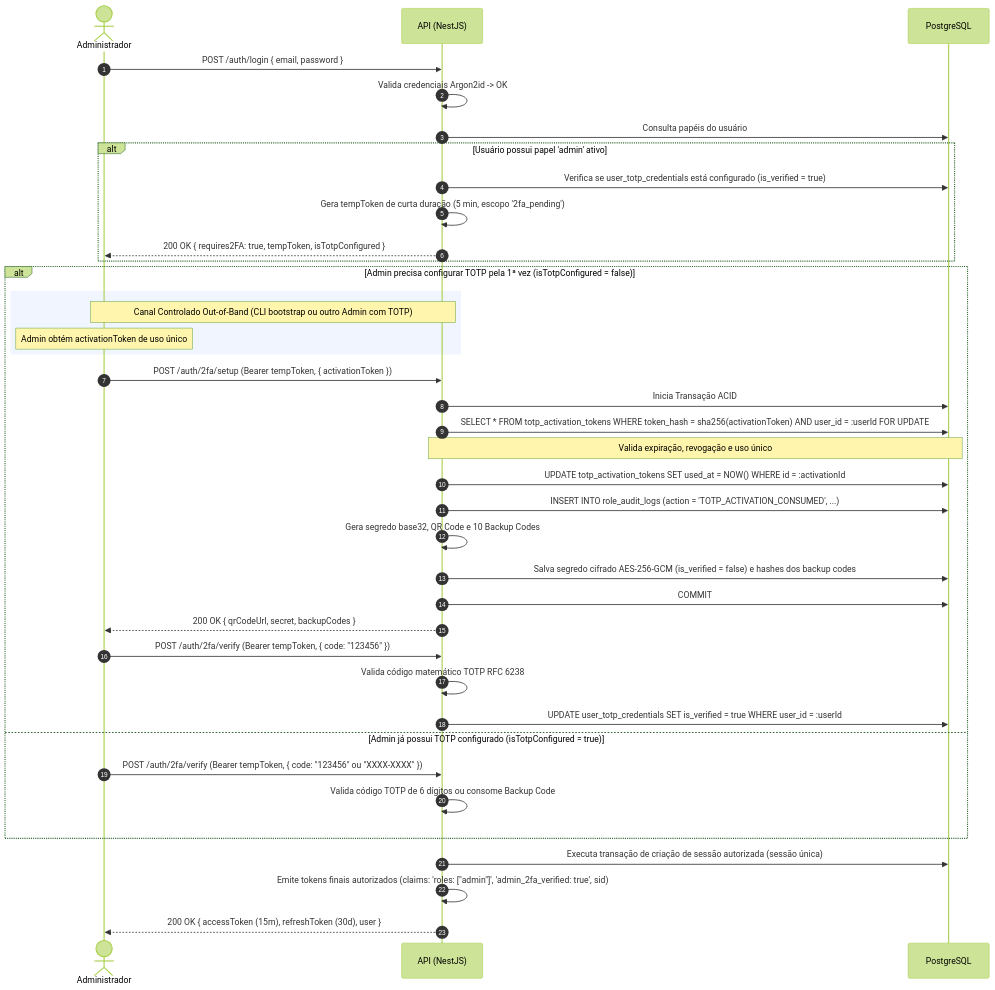
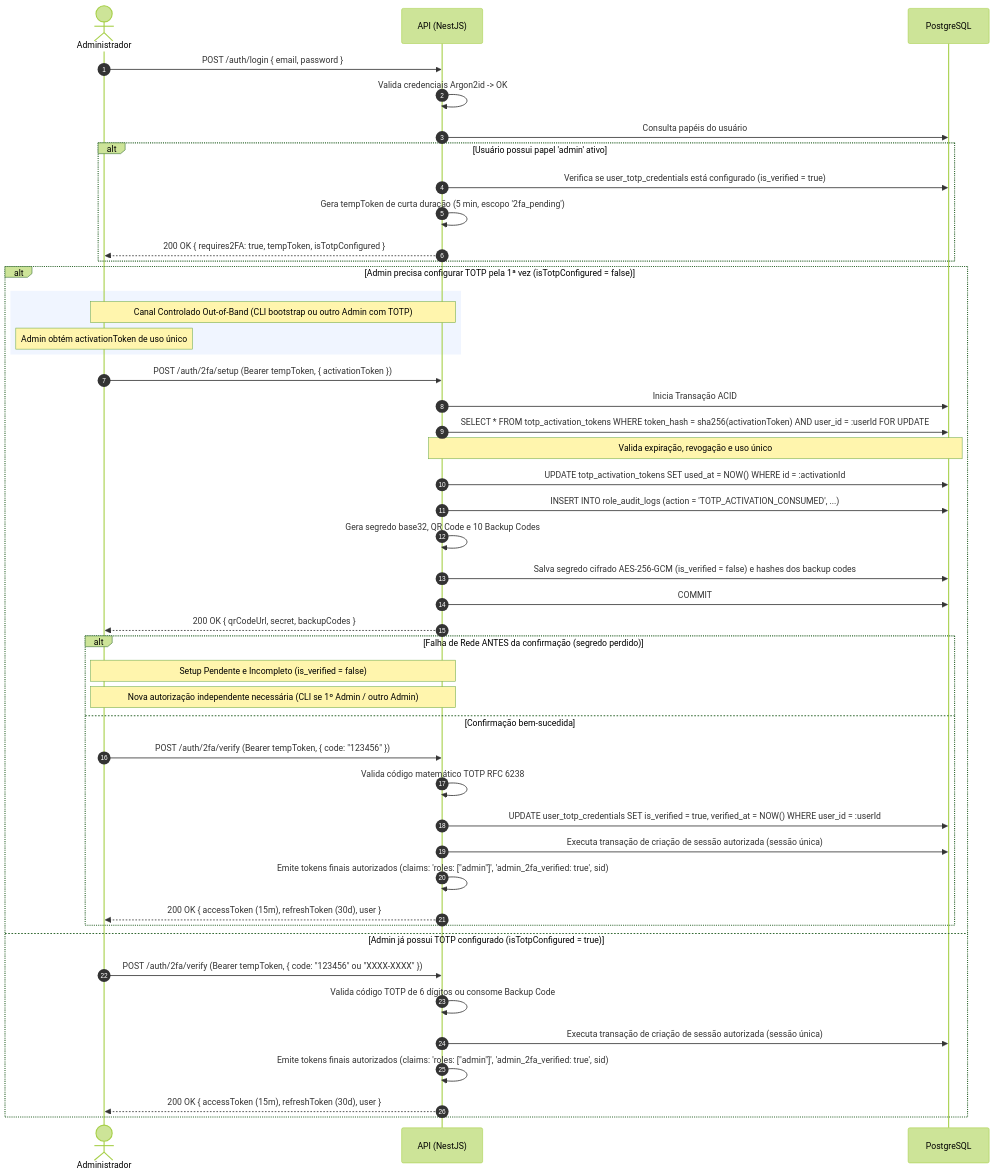
Before and after one commit to JaviDansen/ArenaGo: the fifth of 6 diagrams in docs/task-6.1-arquitetura-backend.md, drawn with Mermaid (forest theme). The commit also changed other lines of this file, not shown here.

Commit message:
docs: detalha procedimento seguro de recuperacao de setup incompleto de TOTP

````diff
--- a/docs/task-6.1-arquitetura-backend.md
+++ b/docs/task-6.1-arquitetura-backend.md
@@ -1016,43 +1040,51 @@
 ```mermaid
 sequenceDiagram
     autonumber
     actor Admin as Administrador
     participant API as API (NestJS)
     participant DB as PostgreSQL
 
     Admin->>API: POST /auth/login { email, password }
     API->>API: Valida credenciais Argon2id -> OK
     API->>DB: Consulta papéis do usuário
     alt Usuário possui papel 'admin' ativo
         API->>DB: Verifica se user_totp_credentials está configurado (is_verified = true)
         API->>API: Gera tempToken de curta duração (5 min, escopo '2fa_pending')
         API-->>Admin: 200 OK { requires2FA: true, tempToken, isTotpConfigured }
     end
 
     alt Admin precisa configurar TOTP pela 1ª vez (isTotpConfigured = false)
         rect rgb(240, 245, 255)
         Note over Admin,API: Canal Controlado Out-of-Band (CLI bootstrap ou outro Admin com TOTP)
         Note over Admin: Admin obtém activationToken de uso único
         end
         Admin->>API: POST /auth/2fa/setup (Bearer tempToken, { activationToken })
         API->>DB: Inicia Transação ACID
         API->>DB: SELECT * FROM totp_activation_tokens WHERE token_hash = sha256(activationToken) AND user_id = :userId FOR UPDATE
         Note over API,DB: Valida expiração, revogação e uso único
         API->>DB: UPDATE totp_activation_tokens SET used_at = NOW() WHERE id = :activationId
         API->>DB: INSERT INTO role_audit_logs (action = 'TOTP_ACTIVATION_CONSUMED', ...)
         API->>API: Gera segredo base32, QR Code e 10 Backup Codes
         API->>DB: Salva segredo cifrado AES-256-GCM (is_verified = false) e hashes dos backup codes
         API->>DB: COMMIT
         API-->>Admin: 200 OK { qrCodeUrl, secret, backupCodes }
-        Admin->>API: POST /auth/2fa/verify (Bearer tempToken, { code: "123456" })
-        API->>API: Valida código matemático TOTP RFC 6238
-        API->>DB: UPDATE user_totp_credentials SET is_verified = true WHERE user_id = :userId
+        
+        alt Falha de Rede ANTES da confirmação (segredo perdido)
+            Note over Admin,API: Setup Pendente e Incompleto (is_verified = false)
+            Note over Admin,API: Nova autorização independente necessária (CLI se 1º Admin / outro Admin)
+        else Confirmação bem-sucedida
+            Admin->>API: POST /auth/2fa/verify (Bearer tempToken, { code: "123456" })
+            API->>API: Valida código matemático TOTP RFC 6238
+            API->>DB: UPDATE user_totp_credentials SET is_verified = true, verified_at = NOW() WHERE user_id = :userId
+            API->>DB: Executa transação de criação de sessão autorizada (sessão única)
+            API->>API: Emite tokens finais autorizados (claims: 'roles: ["admin"]', 'admin_2fa_verified: true', sid)
+            API-->>Admin: 200 OK { accessToken (15m), refreshToken (30d), user }
+        end
     else Admin já possui TOTP configurado (isTotpConfigured = true)
         Admin->>API: POST /auth/2fa/verify (Bearer tempToken, { code: "123456" ou "XXXX-XXXX" })
         API->>API: Valida código TOTP de 6 dígitos ou consome Backup Code
+        API->>DB: Executa transação de criação de sessão autorizada (sessão única)
+        API->>API: Emite tokens finais autorizados (claims: 'roles: ["admin"]', 'admin_2fa_verified: true', sid)
+        API-->>Admin: 200 OK { accessToken (15m), refreshToken (30d), user }
     end
-
-    API->>DB: Executa transação de criação de sessão autorizada (sessão única)
-    API->>API: Emite tokens finais autorizados (claims: 'roles: ["admin"]', 'admin_2fa_verified: true', sid)
-    API-->>Admin: 200 OK { accessToken (15m), refreshToken (30d), user }
 ```
````
